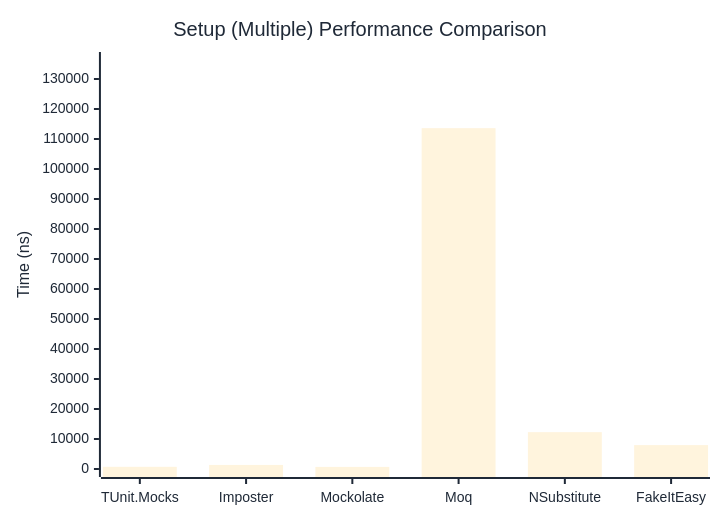
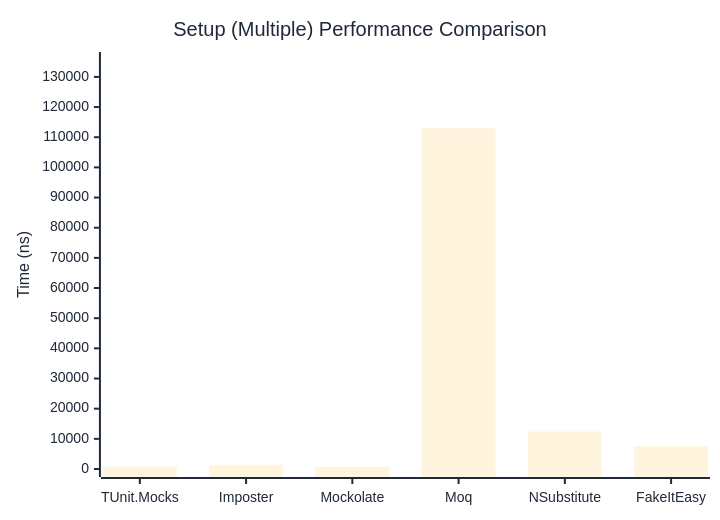
One commit to thomhurst/TUnit changed the second of 2 diagrams in docs/docs/benchmarks/mocks/Setup.md. Above: the diagram before and after it, drawn with Mermaid. The commit also changed other lines of this file and 14 other files, not shown here.

````diff
--- a/docs/docs/benchmarks/mocks/Setup.md
+++ b/docs/docs/benchmarks/mocks/Setup.md
@@ -69,27 +69,27 @@
 ```mermaid
 %%{init: {
   'theme':'base',
   'themeVariables': {
     'primaryColor': '#2563eb',
     'primaryTextColor': '#1f2937',
     'primaryBorderColor': '#1e40af',
     'lineColor': '#6b7280',
     'secondaryColor': '#7c3aed',
     'tertiaryColor': '#dc2626',
     'background': '#ffffff',
     'pie1': '#2563eb',
     'pie2': '#7c3aed',
     'pie3': '#dc2626',
     'pie4': '#f59e0b',
     'pie5': '#10b981',
     'pie6': '#06b6d4',
     'pie7': '#ec4899',
     'pie8': '#6366f1'
   }
 }}%%
 xychart-beta
   title "Setup (Multiple) Performance Comparison"
   x-axis ["TUnit.Mocks", "Imposter", "Mockolate", "Moq", "NSubstitute", "FakeItEasy"]
-  y-axis "Time (ns)" 0 --> 136334
-  bar [725.2, 1359.1, 694.8, 113611.1, 12279.3, 7964.4]
+  y-axis "Time (ns)" 0 --> 135600
+  bar [749.2, 1401.7, 712.9, 112999.3, 12404.1, 7566.5]
 ```
````
